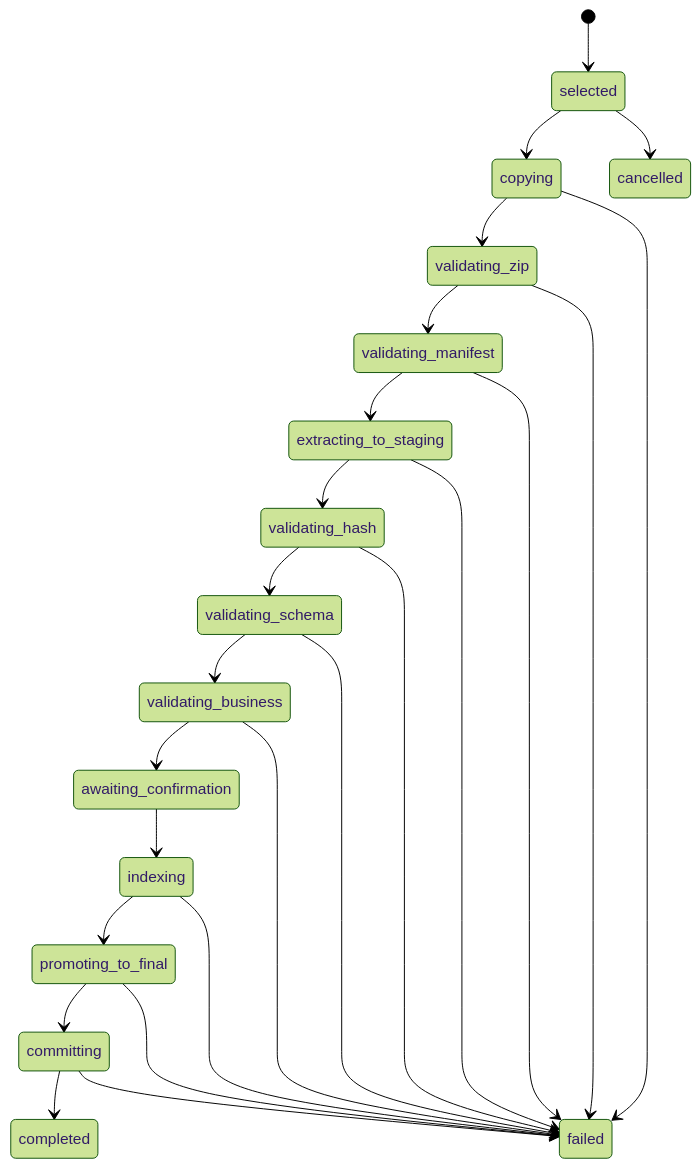
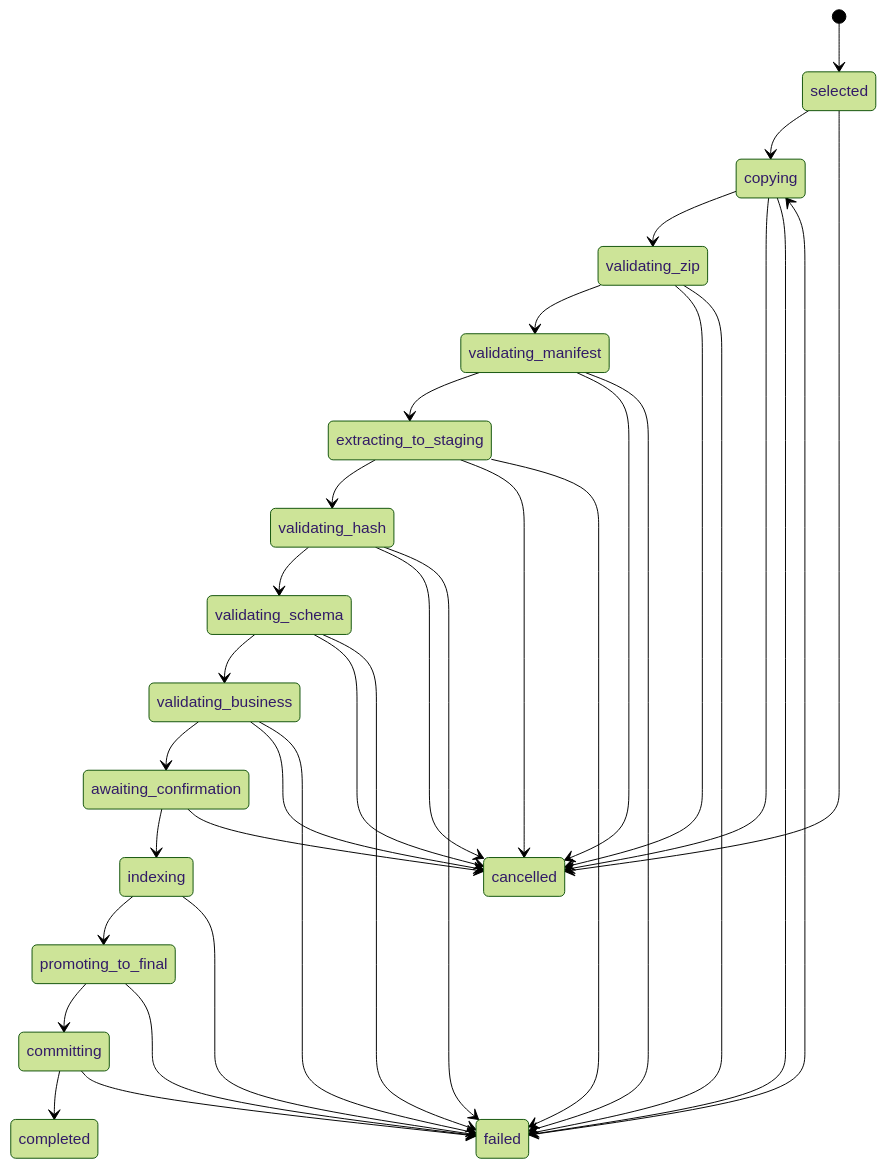
Before and after one commit to 1652185936/books: the first of 2 diagrams in docs/specifications/03-详细设计说明书.md, drawn with Mermaid (forest theme). The commit also changed other lines of this file and 2 other files, not shown here.

````diff
--- a/docs/specifications/03-详细设计说明书.md
+++ b/docs/specifications/03-详细设计说明书.md
@@ -123,27 +123,36 @@
 ```mermaid
 stateDiagram-v2
   [*] --> selected
   selected --> copying
   copying --> validating_zip
   validating_zip --> validating_manifest
   validating_manifest --> extracting_to_staging
   extracting_to_staging --> validating_hash
   validating_hash --> validating_schema
   validating_schema --> validating_business
   validating_business --> awaiting_confirmation
   awaiting_confirmation --> indexing
   indexing --> promoting_to_final
   promoting_to_final --> committing
   committing --> completed
   selected --> cancelled
+  copying --> cancelled
+  validating_zip --> cancelled
+  validating_manifest --> cancelled
+  extracting_to_staging --> cancelled
+  validating_hash --> cancelled
+  validating_schema --> cancelled
+  validating_business --> cancelled
+  awaiting_confirmation --> cancelled
+  failed --> copying
   copying --> failed
   validating_zip --> failed
   validating_manifest --> failed
   extracting_to_staging --> failed
   validating_schema --> failed
   validating_hash --> failed
   validating_business --> failed
   indexing --> failed
   promoting_to_final --> failed
   committing --> failed
 ```
````
